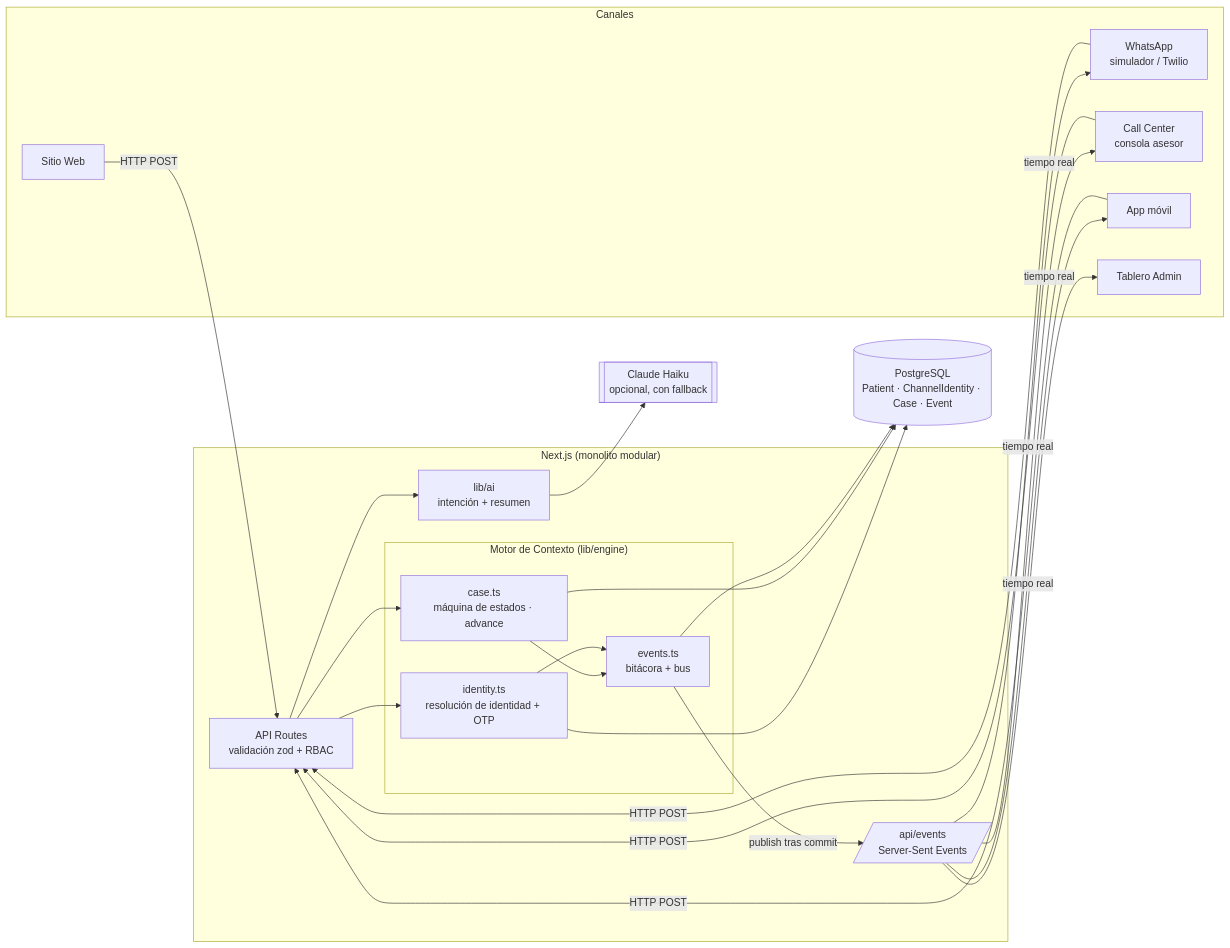
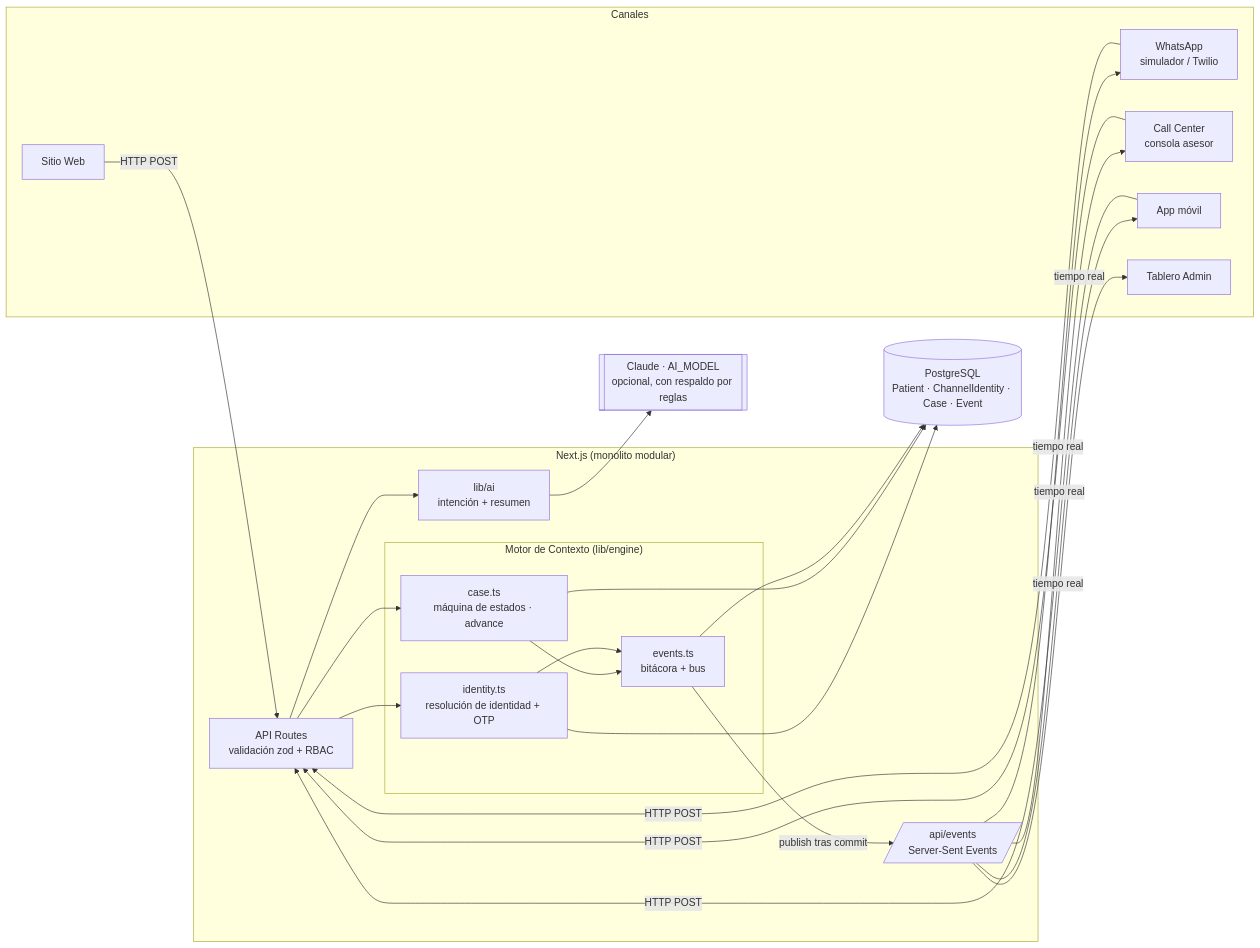
One commit to fknchris02/SaludDigna changed the diagram in docs/arquitectura.md. Above: the diagram before and after it, drawn with Mermaid. The commit also changed 14 other files, not shown here.

First line of the commit message:
IA con Claude: lenguaje natural en WhatsApp y resumen para el asesor

````diff
--- a/docs/arquitectura.md
+++ b/docs/arquitectura.md
@@ -5,33 +5,33 @@
 ```mermaid
 flowchart LR
   subgraph Canales
     WEB[Sitio Web]
     WA[WhatsApp<br/>simulador / Twilio]
     CC[Call Center<br/>consola asesor]
     APP[App móvil]
     ADM[Tablero Admin]
   end
 
   subgraph Next.js["Next.js (monolito modular)"]
     API[API Routes<br/>validación zod + RBAC]
     subgraph Motor["Motor de Contexto (lib/engine)"]
       ID[identity.ts<br/>resolución de identidad + OTP]
       CS[case.ts<br/>máquina de estados · advance]
       EV[events.ts<br/>bitácora + bus]
     end
     SSE[/api/events<br/>Server-Sent Events/]
     AI[lib/ai<br/>intención + resumen]
   end
 
   DB[(PostgreSQL<br/>Patient · ChannelIdentity · Case · Event)]
-  LLM[[Claude Haiku<br/>opcional, con fallback]]
+  LLM[[Claude · AI_MODEL<br/>opcional, con respaldo por reglas]]
 
   WEB & WA & CC & APP -->|HTTP POST| API
   API --> ID & CS
   CS --> EV
   ID --> EV
   ID & CS & EV --> DB
   EV -->|publish tras commit| SSE
   SSE -->|tiempo real| CC & APP & ADM & WA
   API --> AI --> LLM
 ```
````
